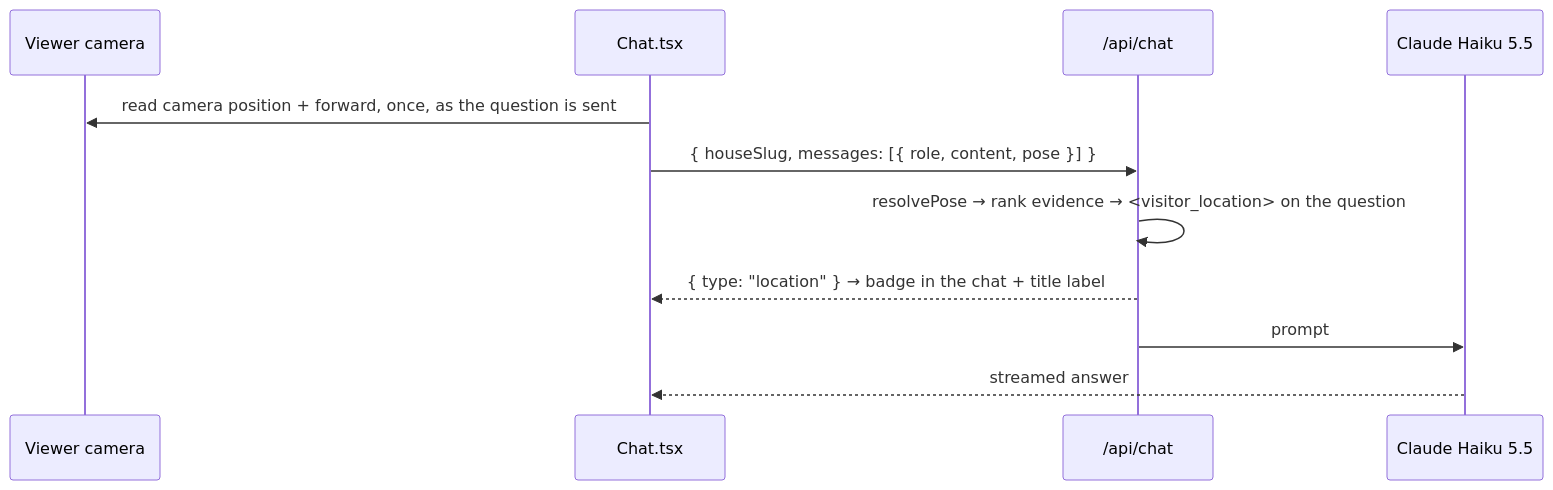
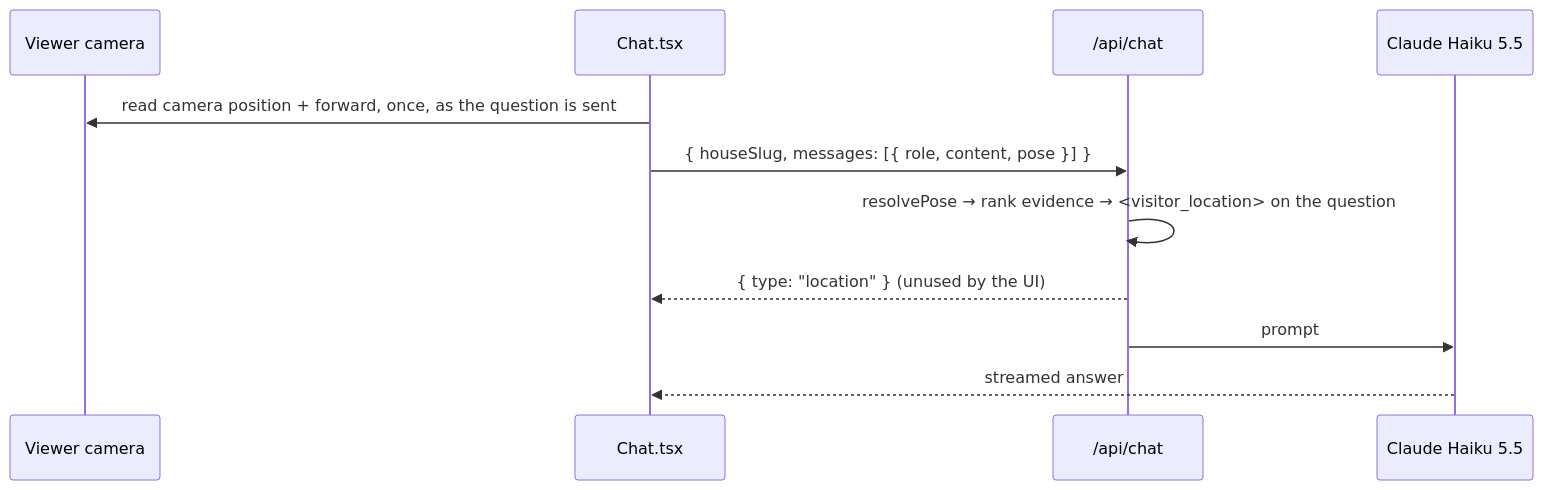
Before and after one commit to bkleinp/splat: the diagram in docs/llm-layer.md, drawn with Mermaid. The commit also changed other lines of this file and 11 other files, not shown here.

````diff
--- a/docs/llm-layer.md
+++ b/docs/llm-layer.md
@@ -32,14 +31,14 @@
 ```mermaid
 sequenceDiagram
   participant V as Viewer camera
   participant B as Chat.tsx
   participant R as /api/chat
   participant C as Claude Haiku 5.5
 
   B->>V: read camera position + forward, once, as the question is sent
   B->>R: { houseSlug, messages: [{ role, content, pose }] }
   R->>R: resolvePose → rank evidence → <visitor_location> on the question
-  R-->>B: { type: "location" } → badge in the chat + title label
+  R-->>B: { type: "location" } (unused by the UI)
   R->>C: prompt
   C-->>B: streamed answer
 ```
````
